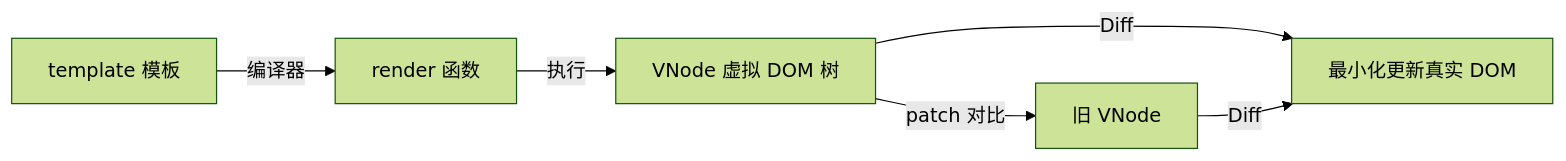
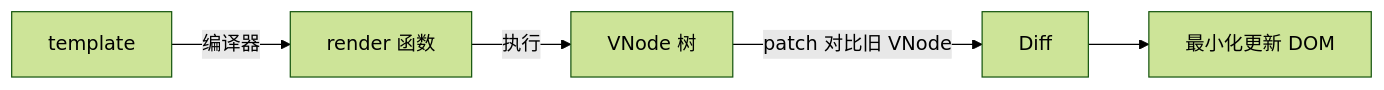
One commit to inspire-man/frontend-knowledge-base changed the first of 2 diagrams in frontend-knowledge-base/卷六-框架核心Vue3/6.2-编译与渲染机制.md. Above: the diagram before and after it, drawn with Mermaid (forest theme). The commit also changed other lines of this file and 6 other files, not shown here.

````diff
--- a/frontend-knowledge-base/卷六-框架核心Vue3/6.2-编译与渲染机制.md
+++ b/frontend-knowledge-base/卷六-框架核心Vue3/6.2-编译与渲染机制.md
@@ -16,7 +16,7 @@
 ```mermaid
 flowchart LR
-    A[template 模板] -->|编译器| B[render 函数]
-    B -->|执行| C[VNode 虚拟 DOM 树]
-    C -->|patch 对比| D[旧 VNode]
-    C & D -->|Diff| E[最小化更新真实 DOM]
+    A[template] -->|编译器| B[render 函数]
+    B -->|执行| C[VNode 树]
+    C -->|patch 对比旧 VNode| D[Diff]
+    D --> E[最小化更新 DOM]
 ```
````
